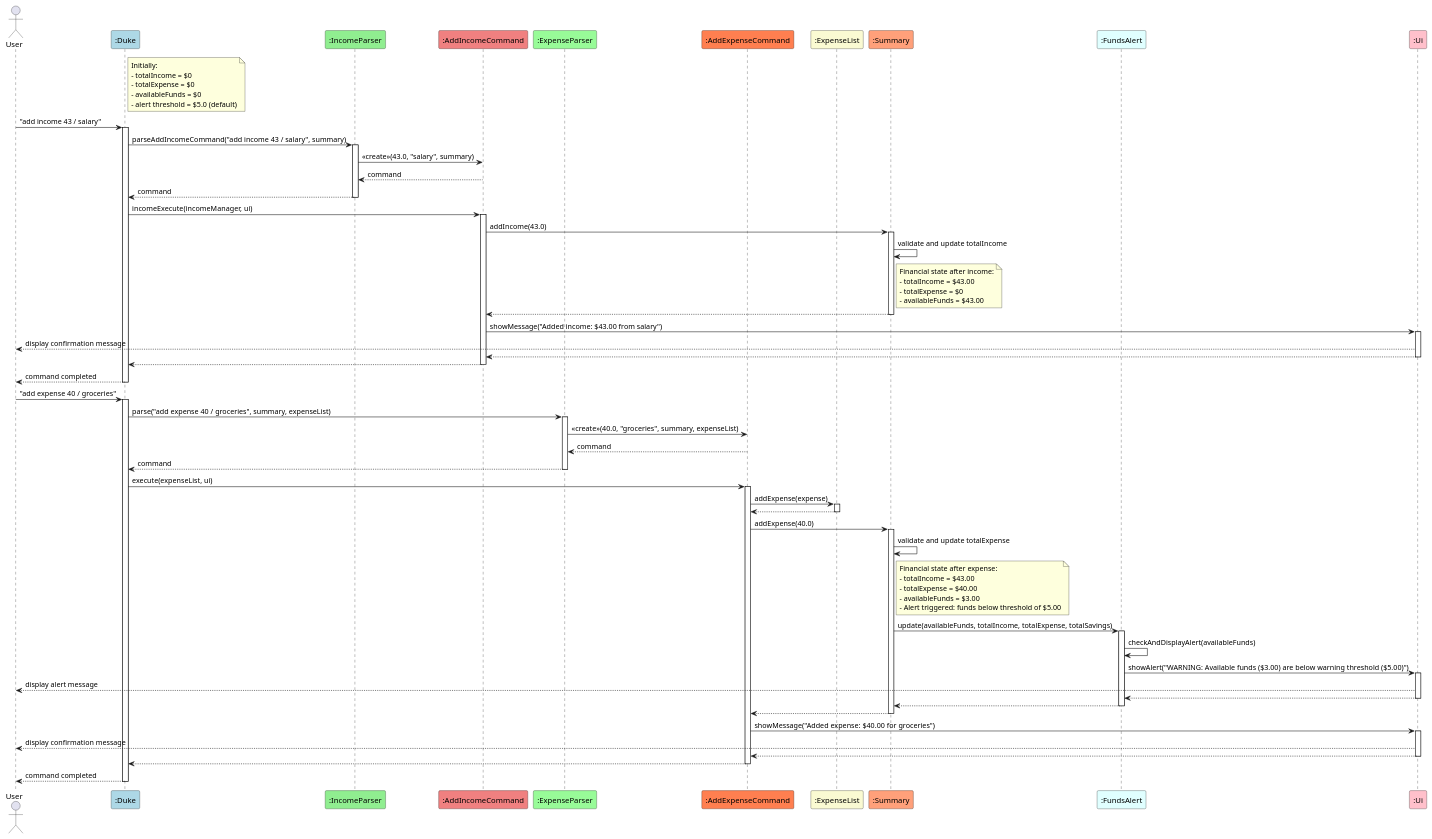
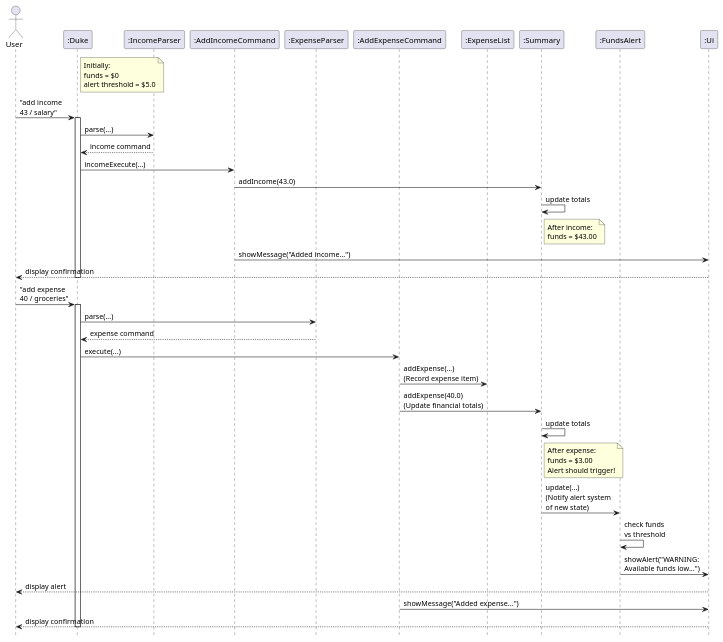
One commit to xiaojielei/tp changed the diagram in docs/puml/TriggerAlert.puml. Above: the diagram before and after it, drawn with PlantUML. The commit also changed 6 other files, not shown here.

Commit message:
Improved PUML sequence diagrams

```diff
--- a/docs/puml/TriggerAlert.puml
+++ b/docs/puml/TriggerAlert.puml
@@ -1,119 +1,58 @@
 @startuml
-'https://plantuml.com/sequence-diagram
+hide footbox
 
 actor User
-participant ":Duke" as Duke #LightBlue
-participant ":IncomeParser" as IncomeParser #LightGreen
-participant ":AddIncomeCommand" as AddIncomeCommand #LightCoral
-participant ":ExpenseParser" as ExpenseParser #PaleGreen
-participant ":AddExpenseCommand" as AddExpenseCommand #Coral
-participant ":ExpenseList" as ExpenseList #LightGoldenRodYellow
-participant ":Summary" as Summary #LightSalmon
-participant ":FundsAlert" as FundsAlert #LightCyan
-participant ":Ui" as Ui #Pink
+participant ":Duke" as Duke
+participant ":IncomeParser" as IncomeParser
+participant ":AddIncomeCommand" as AddIncomeCommand
+participant ":ExpenseParser" as ExpenseParser
+participant ":AddExpenseCommand" as AddExpenseCommand
+participant ":ExpenseList" as ExpenseList
+participant ":Summary" as Summary
+participant ":FundsAlert" as FundsAlert
+participant ":Ui" as Ui
 
 note right of Duke
   Initially:
-  - totalIncome = $0
-  - totalExpense = $0
-  - availableFunds = $0
-  - alert threshold = $5.0 (default)
+  funds = $0
+  alert threshold = $5.0
 end note
 
-' Step 1: Add income
-User -> Duke: "add income 43 / salary"
+User -> Duke: "add income \n43 / salary"
 activate Duke
-
-Duke -> IncomeParser: parseAddIncomeCommand("add income 43 / salary", summary)
-activate IncomeParser
-IncomeParser -> AddIncomeCommand: <<create>>(43.0, "salary", summary)
-AddIncomeCommand --> IncomeParser: command
-IncomeParser --> Duke: command
-deactivate IncomeParser
-
-Duke -> AddIncomeCommand: incomeExecute(incomeManager, ui)
-activate AddIncomeCommand
+Duke -> IncomeParser: parse(...)
+IncomeParser --> Duke: income command
+Duke -> AddIncomeCommand: incomeExecute(...)
 AddIncomeCommand -> Summary: addIncome(43.0)
-activate Summary
-Summary -> Summary: validate and update totalIncome
-
+Summary -> Summary: update totals
 note right of Summary
-  Financial state after income:
-  - totalIncome = $43.00
-  - totalExpense = $0
-  - availableFunds = $43.00
+  After income:
+  funds = $43.00
 end note
-
-Summary --> AddIncomeCommand
-deactivate Summary
-
-AddIncomeCommand -> Ui: showMessage("Added income: $43.00 from salary")
-activate Ui
-Ui --> User: display confirmation message
-Ui --> AddIncomeCommand
-deactivate Ui
-
-AddIncomeCommand --> Duke
-deactivate AddIncomeCommand
-Duke --> User: command completed
+AddIncomeCommand -> Ui: showMessage("Added income...")
+Ui --> User: display confirmation
 deactivate Duke
 
-' Step 2: Add expense that triggers alert
-User -> Duke: "add expense 40 / groceries"
+User -> Duke: "add expense \n40 / groceries"
 activate Duke
+Duke -> ExpenseParser: parse(...)
+ExpenseParser --> Duke: expense command
+Duke -> AddExpenseCommand: execute(...)
 
-Duke -> ExpenseParser: parse("add expense 40 / groceries", summary, expenseList)
-activate ExpenseParser
-ExpenseParser -> AddExpenseCommand: <<create>>(40.0, "groceries", summary, expenseList)
-AddExpenseCommand --> ExpenseParser: command
-ExpenseParser --> Duke: command
-deactivate ExpenseParser
+AddExpenseCommand -> ExpenseList: addExpense(...)\n(Record expense item)
+AddExpenseCommand -> Summary: addExpense(40.0)\n(Update financial totals)
+Summary -> Summary: update totals
+note right of Summary
+  After expense:
+  funds = $3.00
+  Alert should trigger!
+end note
+Summary -> FundsAlert: update(...)\n(Notify alert system\nof new state)
+FundsAlert -> FundsAlert: check funds\nvs threshold
+FundsAlert -> Ui: showAlert("WARNING:\nAvailable funds low...")
+Ui --> User: display alert
+AddExpenseCommand -> Ui: showMessage("Added expense...")
+Ui --> User: display confirmation
+deactivate Duke
 
-Duke -> AddExpenseCommand: execute(expenseList, ui)
-activate AddExpenseCommand
-
-AddExpenseCommand -> ExpenseList: addExpense(expense)
-activate ExpenseList
-ExpenseList --> AddExpenseCommand
-deactivate ExpenseList
-
-AddExpenseCommand -> Summary: addExpense(40.0)
-activate Summary
-Summary -> Summary: validate and update totalExpense
-
-note right of Summary
-  Financial state after expense:
-  - totalIncome = $43.00
-  - totalExpense = $40.00
-  - availableFunds = $3.00
-  - Alert triggered: funds below threshold of $5.00
-end note
-
-Summary -> FundsAlert: update(availableFunds, totalIncome, totalExpense, totalSavings)
-activate FundsAlert
-
-FundsAlert -> FundsAlert: checkAndDisplayAlert(availableFunds)
-FundsAlert -> Ui: showAlert("WARNING: Available funds ($3.00) are below warning threshold ($5.00)")
-activate Ui
-Ui --> User: display alert message
-Ui --> FundsAlert
-deactivate Ui
-
-FundsAlert --> Summary
-deactivate FundsAlert
-
-Summary --> AddExpenseCommand
-deactivate Summary
-
-AddExpenseCommand -> Ui: showMessage("Added expense: $40.00 for groceries")
-activate Ui
-Ui --> User: display confirmation message
-Ui --> AddExpenseCommand
-deactivate Ui
-
-AddExpenseCommand --> Duke
-deactivate AddExpenseCommand
-
-Duke --> User: command completed
-deactivate Duke
 @enduml
```
